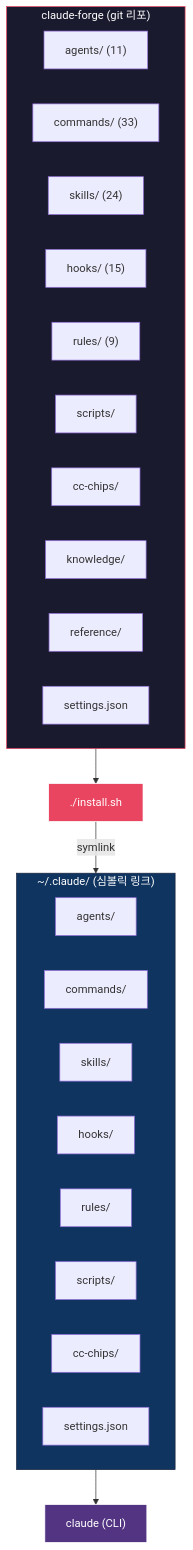
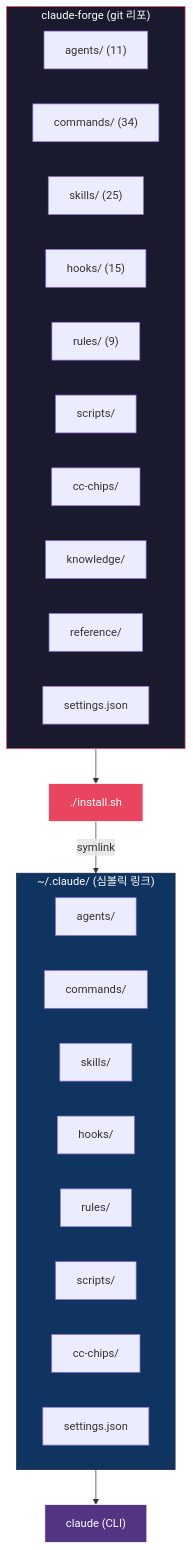
One commit to sangrokjung/claude-forge changed the third of 3 diagrams in README.ko.md. Above: the diagram before and after it, drawn with Mermaid. The commit also changed other lines of this file and 1 other file, not shown here.

````diff
--- a/README.ko.md
+++ b/README.ko.md
@@ -370,39 +370,39 @@
 ```mermaid
 graph TB
     subgraph REPO["claude-forge (git 리포)"]
         A["agents/ (11)"]
-        C["commands/ (33)"]
-        S["skills/ (24)"]
+        C["commands/ (34)"]
+        S["skills/ (25)"]
         H["hooks/ (15)"]
         R["rules/ (9)"]
         SC["scripts/"]
         CC["cc-chips/"]
         K["knowledge/"]
         REF["reference/"]
         SET["settings.json"]
     end
 
     INSTALL["./install.sh"]
     REPO --> INSTALL
 
     subgraph HOME["~/.claude/ (심볼릭 링크)"]
         HA["agents/"]
         HC["commands/"]
         HS["skills/"]
         HH["hooks/"]
         HR["rules/"]
         HSC["scripts/"]
         HCC["cc-chips/"]
         HSET["settings.json"]
     end
 
     INSTALL -->|symlink| HOME
 
     CLAUDE["claude (CLI)"]
     HOME --> CLAUDE
 
     style REPO fill:#1a1a2e,stroke:#e94560,color:#fff
     style HOME fill:#0f3460,stroke:#16213e,color:#fff
     style INSTALL fill:#e94560,stroke:#fff,color:#fff
     style CLAUDE fill:#533483,stroke:#fff,color:#fff
 ```
````
